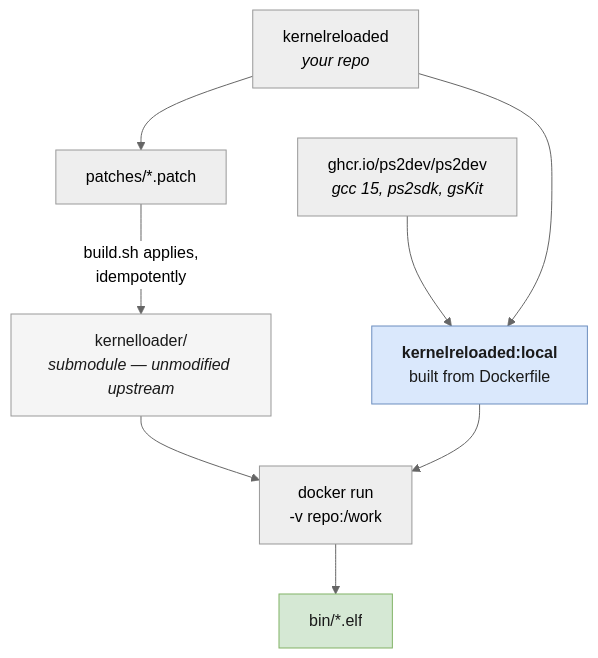
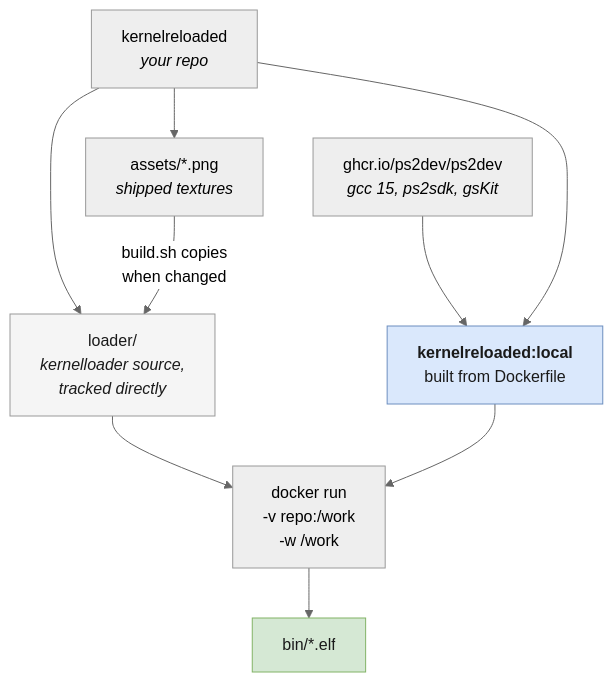
The diagram in docs/build-environment.md (Arawn-Davies/kernelreloaded), drawn with Mermaid (neutral theme) before and after one commit. The commit also changed other lines of this file and 443 other files, not shown here.

````diff
--- a/docs/build-environment.md
+++ b/docs/build-environment.md
@@ -11,22 +11,23 @@
 ```mermaid
 flowchart TD
     REPO["kernelreloaded<br/><i>your repo</i>"]
-    SUB["kernelloader/<br/><i>submodule — unmodified upstream</i>"]
-    PATCH["patches/*.patch"]
+    SUB["loader/<br/><i>kernelloader source,<br/>tracked directly</i>"]
+    ART["assets/*.png<br/><i>shipped textures</i>"]
     IMG["<b>kernelreloaded:local</b><br/>built from Dockerfile"]
     BASE["ghcr.io/ps2dev/ps2dev<br/><i>gcc 15, ps2sdk, gsKit</i>"]
-    RUN["docker run<br/>-v repo:/work"]
+    RUN["docker run<br/>-v repo:/work<br/>-w /work"]
     OUT["bin/*.elf"]
 
     BASE --> IMG
     REPO --> IMG
-    REPO --> PATCH
-    PATCH -->|"build.sh applies,<br/>idempotently"| SUB
+    REPO --> SUB
+    REPO --> ART
+    ART -->|"build.sh copies<br/>when changed"| SUB
     SUB --> RUN
     IMG --> RUN
     RUN --> OUT
 
     style IMG fill:#dae8fc,stroke:#6c8ebf,color:#1a1a1a
     style SUB fill:#f5f5f5,stroke:#999,color:#1a1a1a
     style OUT fill:#d5e8d4,stroke:#82b366,color:#1a1a1a
 ```
````
